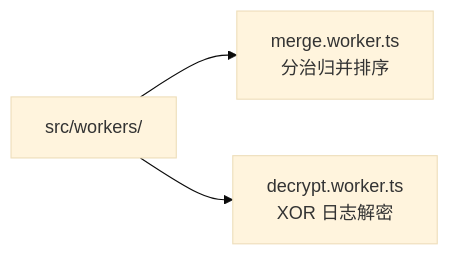
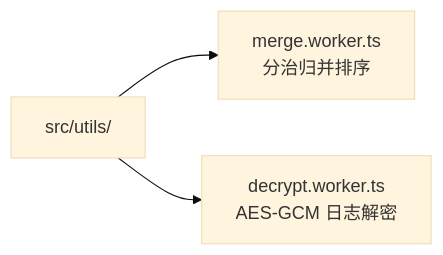
Diagram 31 of 46 in docs/面试亮点.md (KMaybe01/interview-demo), drawn with Mermaid (base theme) before and after one commit. The commit also changed other lines of this file and 8 other files, not shown here.

````diff
--- a/docs/面试亮点.md
+++ b/docs/面试亮点.md
@@ -3478,5 +3587,5 @@
 ```mermaid
 graph LR
-    WORKERS["src/workers/"] --> MERGE["merge.worker.ts<br/>分治归并排序"]
-    WORKERS --> DECRYPT["decrypt.worker.ts<br/>XOR 日志解密"]
+    WORKERS["src/utils/"] --> MERGE["merge.worker.ts<br/>分治归并排序"]
+    WORKERS --> DECRYPT["decrypt.worker.ts<br/>AES-GCM 日志解密"]
 ```
````
